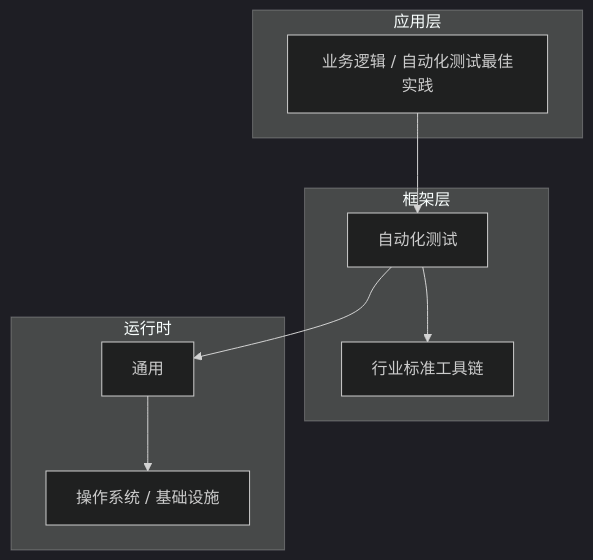
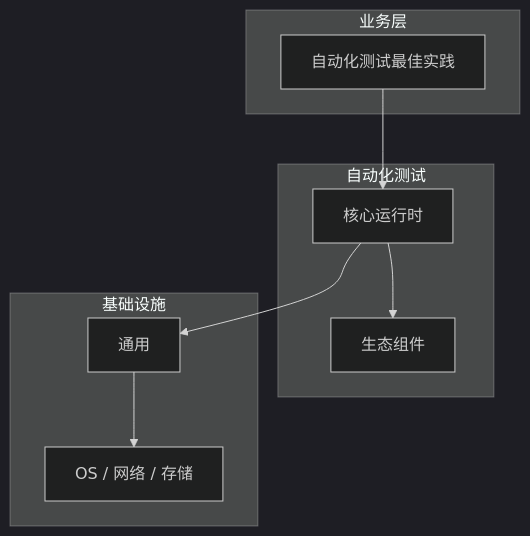
The diagram in articles/自动化测试/chapters/095-自动化测试最佳实践核心概念与原理.md (yanggan2015/knowledge-json-v2), drawn with Mermaid (dark theme) before and after one commit. The commit also changed other lines of this file and 10127 other files, not shown here.

````diff
--- a/articles/自动化测试/chapters/095-自动化测试最佳实践核心概念与原理.md
+++ b/articles/自动化测试/chapters/095-自动化测试最佳实践核心概念与原理.md
@@ -45,18 +34,18 @@
 ```mermaid
 graph TB
-    subgraph 应用层
-        A[业务逻辑 / 自动化测试最佳实践]
+    subgraph 业务层
+        A[自动化测试最佳实践]
     end
-    subgraph 框架层
-        B[自动化测试]
-        C[行业标准工具链]
+    subgraph 自动化测试
+        B[核心运行时]
+        C[生态组件]
     end
-    subgraph 运行时
+    subgraph 基础设施
         D[通用]
-        E[操作系统 / 基础设施]
+        E[OS / 网络 / 存储]
     end
     A --> B
     B --> C
     B --> D
     D --> E
 ```
````
